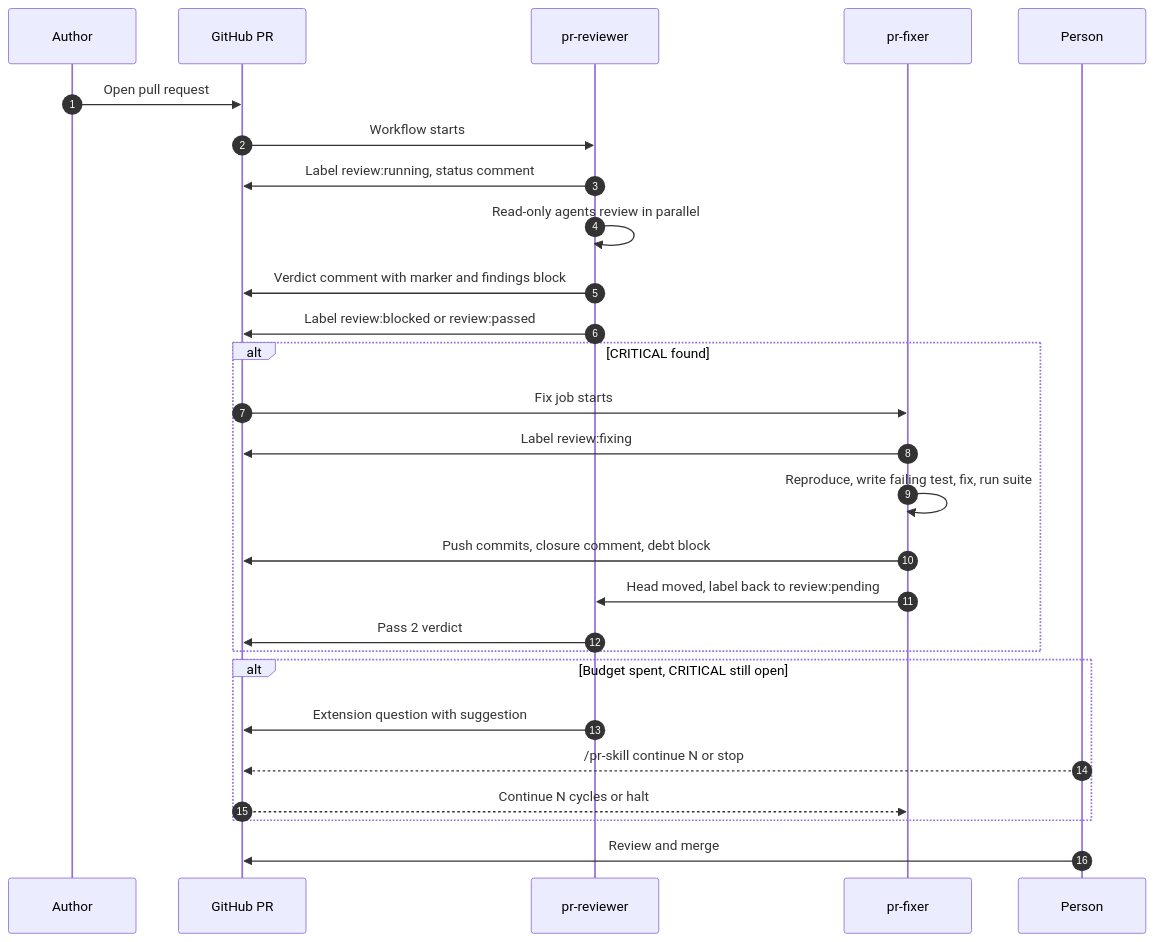
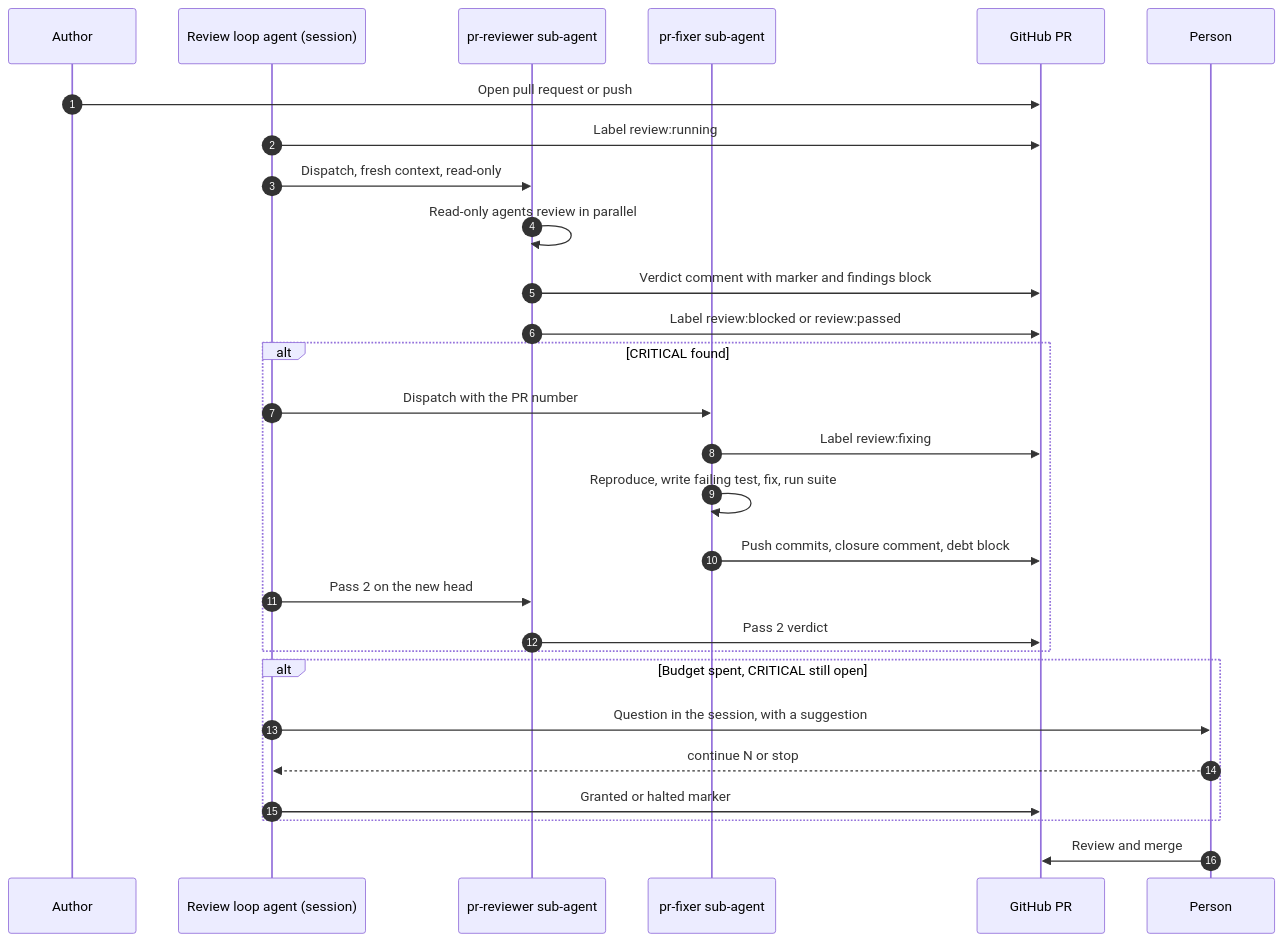
Before and after one commit to jonyfs/pr-reviewer-fixer: the diagram in docs/diagrams/02-sequence.mmd, drawn with Mermaid. The commit also changed 56 other files, not shown here.

```diff
--- a/docs/diagrams/02-sequence.mmd
+++ b/docs/diagrams/02-sequence.mmd
@@ -1,27 +1,28 @@
 sequenceDiagram
     autonumber
     participant Dev as Author
+    participant L as Review loop agent (session)
+    participant R as pr-reviewer sub-agent
+    participant F as pr-fixer sub-agent
     participant GH as GitHub PR
-    participant R as pr-reviewer
-    participant F as pr-fixer
     participant P as Person
-    Dev->>GH: Open pull request
-    GH->>R: Workflow starts
-    R->>GH: Label review:running, status comment
+    Dev->>GH: Open pull request or push
+    L->>GH: Label review:running
+    L->>R: Dispatch, fresh context, read-only
     R->>R: Read-only agents review in parallel
     R->>GH: Verdict comment with marker and findings block
     R->>GH: Label review:blocked or review:passed
     alt CRITICAL found
-        GH->>F: Fix job starts
+        L->>F: Dispatch with the PR number
         F->>GH: Label review:fixing
         F->>F: Reproduce, write failing test, fix, run suite
         F->>GH: Push commits, closure comment, debt block
-        F->>R: Head moved, label back to review:pending
+        L->>R: Pass 2 on the new head
         R->>GH: Pass 2 verdict
     end
     alt Budget spent, CRITICAL still open
-        R->>GH: Extension question with suggestion
-        P-->>GH: /pr-skill continue N or stop
-        GH-->>F: Continue N cycles or halt
+        L->>P: Question in the session, with a suggestion
+        P-->>L: continue N or stop
+        L->>GH: Granted or halted marker
     end
     P->>GH: Review and merge
```
